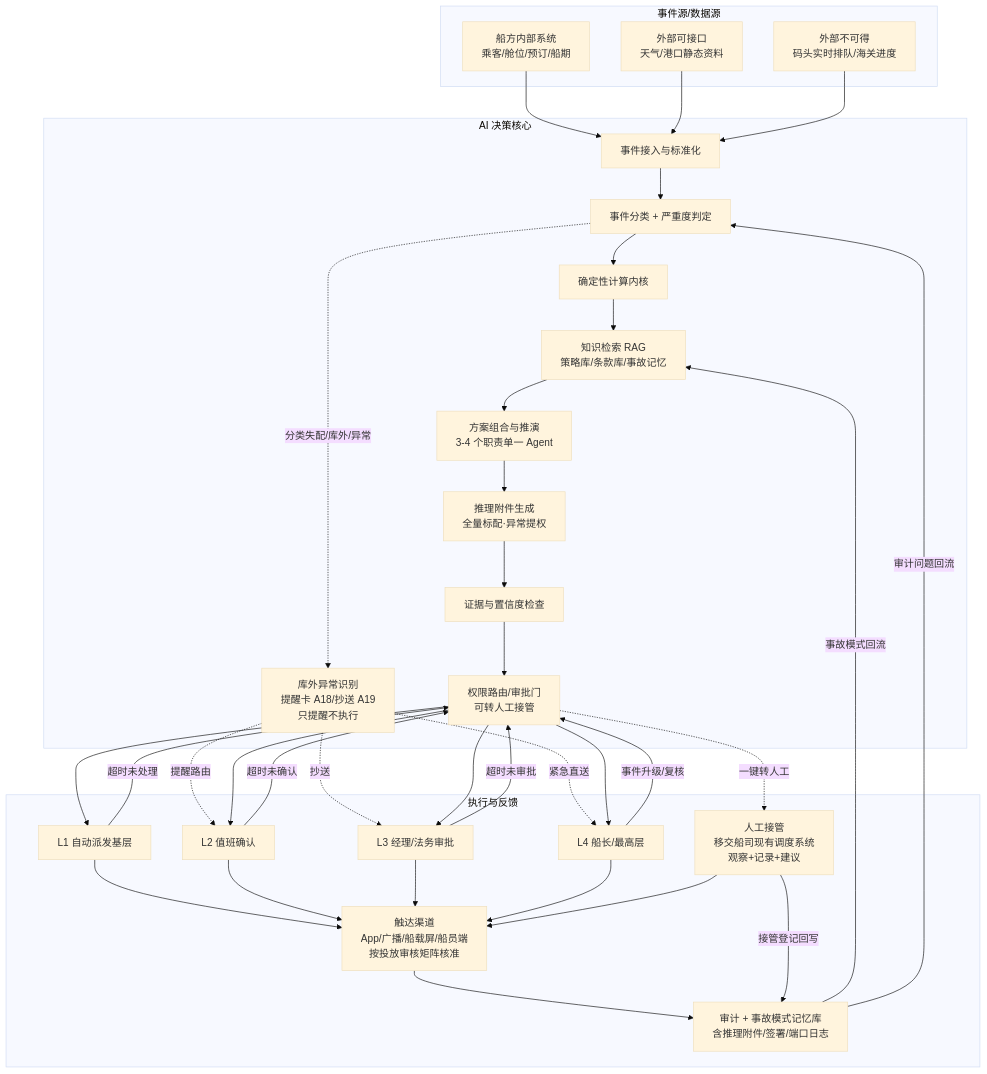
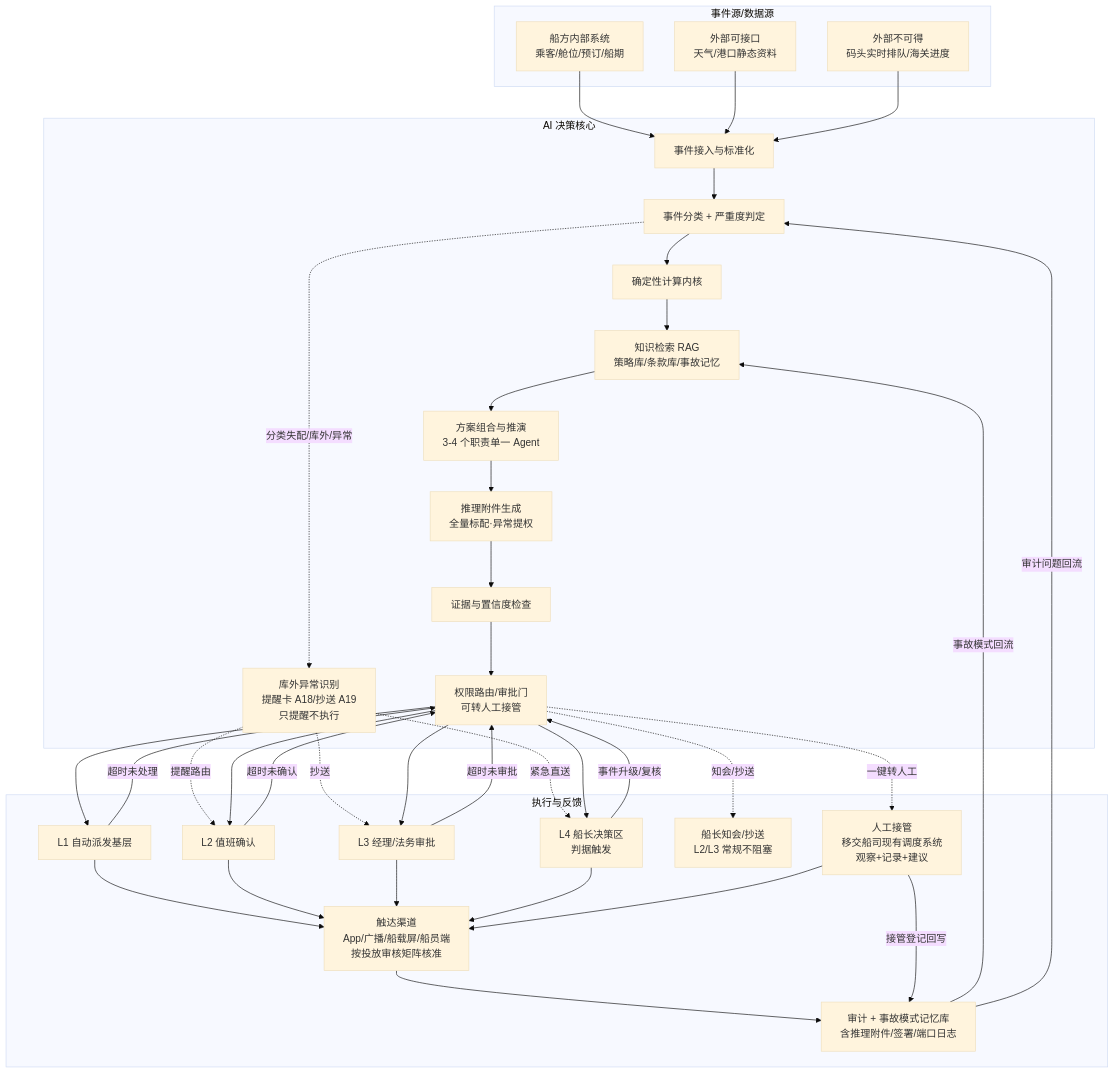
One commit to JIJIguowang1218/cruise-competition-01 changed the diagram in design/b-port-shore-and-itinerary/interface-map-and-ai-components.md. Above: the diagram before and after it, drawn with Mermaid (base theme). The commit also changed other lines of this file and 25 other files, not shown here.

````diff
--- a/design/b-port-shore-and-itinerary/interface-map-and-ai-components.md
+++ b/design/b-port-shore-and-itinerary/interface-map-and-ai-components.md
@@ -131,63 +149,65 @@
 ```mermaid
 flowchart TD
     subgraph Sources[事件源/数据源]
         S1[船方内部系统<br/>乘客/舱位/预订/船期]
         S2[外部可接口<br/>天气/港口静态资料]
         S3[外部不可得<br/>码头实时排队/海关进度]
     end
 
     subgraph AI_Core[AI 决策核心]
         A1[事件接入与标准化]
         A2[事件分类 + 严重度判定]
         A2_5[库外异常识别<br/>提醒卡 A18/抄送 A19<br/>只提醒不执行]
         A3[确定性计算内核]
         A4[知识检索 RAG<br/>策略库/条款库/事故记忆]
         A5[方案组合与推演<br/>3-4 个职责单一 Agent]
         A5_5[推理附件生成<br/>全量标配·异常提权]
         A6[证据与置信度检查]
         A7[权限路由/审批门<br/>可转人工接管]
     end
 
     subgraph Execution[执行与反馈]
         E1[L1 自动派发基层]
         E2[L2 值班确认]
         E3[L3 经理/法务审批]
-        E4[L4 船长/最高层]
+        E4[L4 船长决策区<br/>判据触发]
+        CapInf[船长知会/抄送<br/>L2/L3 常规不阻塞]
         T[触达渠道<br/>App/广播/船载屏/船员端<br/>按投放审核矩阵核准]
         Manual[人工接管<br/>移交船司现有调度系统<br/>观察+记录+建议]
         Audit[审计 + 事故模式记忆库<br/>含推理附件/签署/端口日志]
     end
 
     S1 --> A1
     S2 --> A1
     S3 --> A1
     A1 --> A2
     A2 --> A3
     A2 -. 分类失配/库外/异常 .-> A2_5
     A2_5 -. 提醒路由 .-> E2
     A2_5 -. 抄送 .-> E3
     A2_5 -. 紧急直送 .-> E4
     A3 --> A4
     A4 --> A5
     A5 --> A5_5
     A5_5 --> A6
     A6 --> A7
     A7 --> E1
     A7 --> E2
     A7 --> E3
     A7 --> E4
+    A7 -. 知会/抄送 .-> CapInf
     A7 -. 一键转人工 .-> Manual
     E1 --> T
     E2 --> T
     E3 --> T
     E4 --> T
     Manual --> T
     T --> Audit
     Audit -- 事故模式回流 --> A4
     Audit -- 审计问题回流 --> A2
     E1 -- 超时未处理 --> A7
     E2 -- 超时未确认 --> A7
     E3 -- 超时未审批 --> A7
     E4 -- 事件升级/复核 --> A7
     Manual -- 接管登记回写 --> Audit
 ```
````
